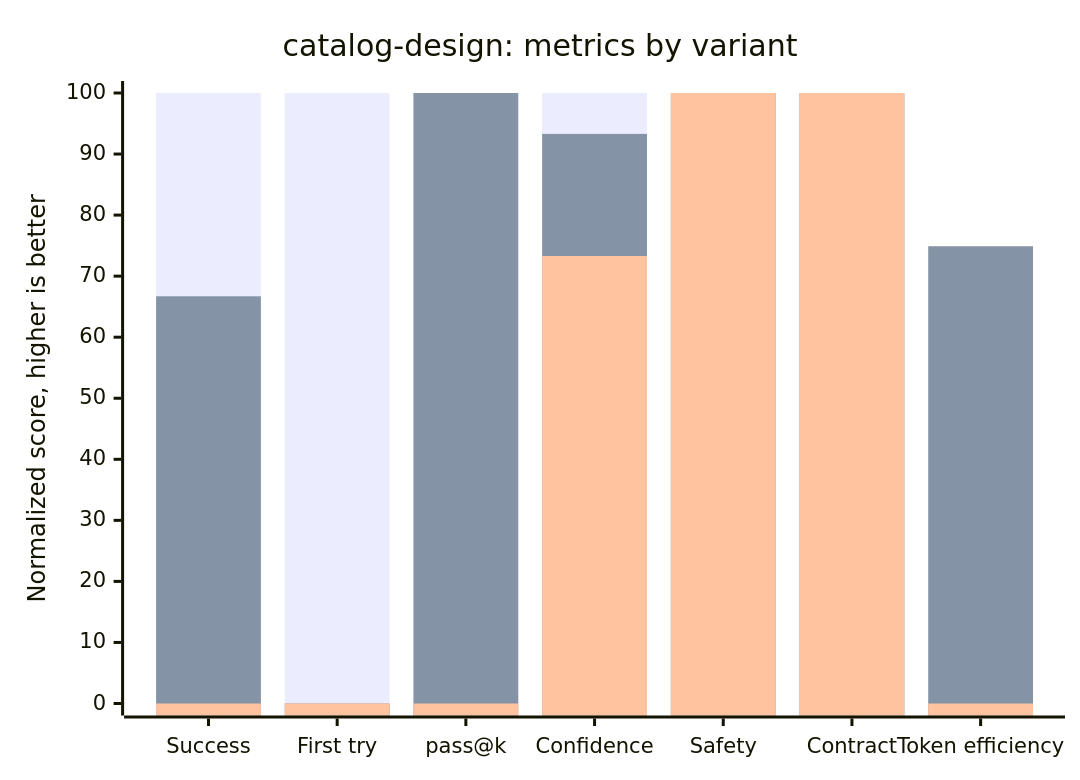
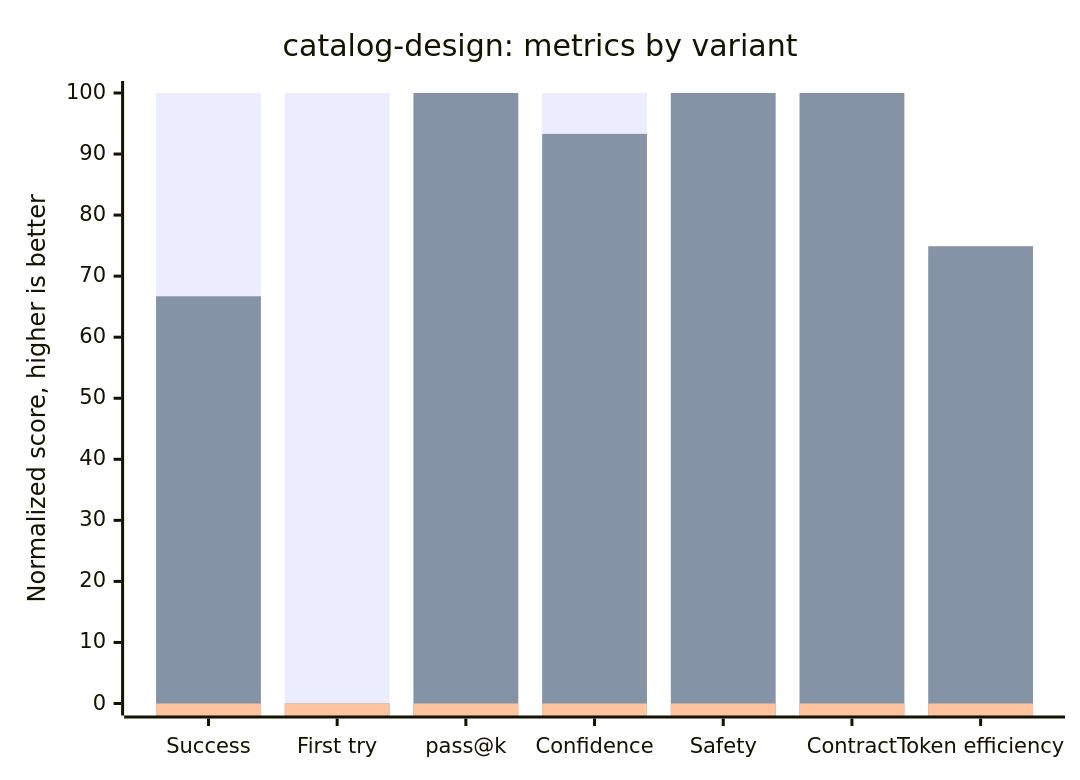
Before and after one commit to apyanzin-xsolla/ai-kit-eval-dashboard: the first of 7 diagrams in README.md, drawn with Mermaid. The commit also changed other lines of this file and 1 other file, not shown here.

Commit message:
docs: gate failed variants in skill charts

````diff
--- a/README.md
+++ b/README.md
@@ -110,9 +110,9 @@
 ```mermaid
 xychart-beta
     title "catalog-design: metrics by variant"
     x-axis ["Success", "First try", "pass@k", "Confidence", "Safety", "Contract", "Token efficiency"]
     y-axis "Normalized score, higher is better" 0 --> 100
     bar [100, 100, 100, 100, 100, 100, 73.6]
     bar [66.7, 0, 100, 93.3, 100, 100, 74.9]
-    bar [0, 0, 0, 73.3, 100, 100, 0]
+    bar [0, 0, 0, 0, 0, 0, 0]
 ```
````
